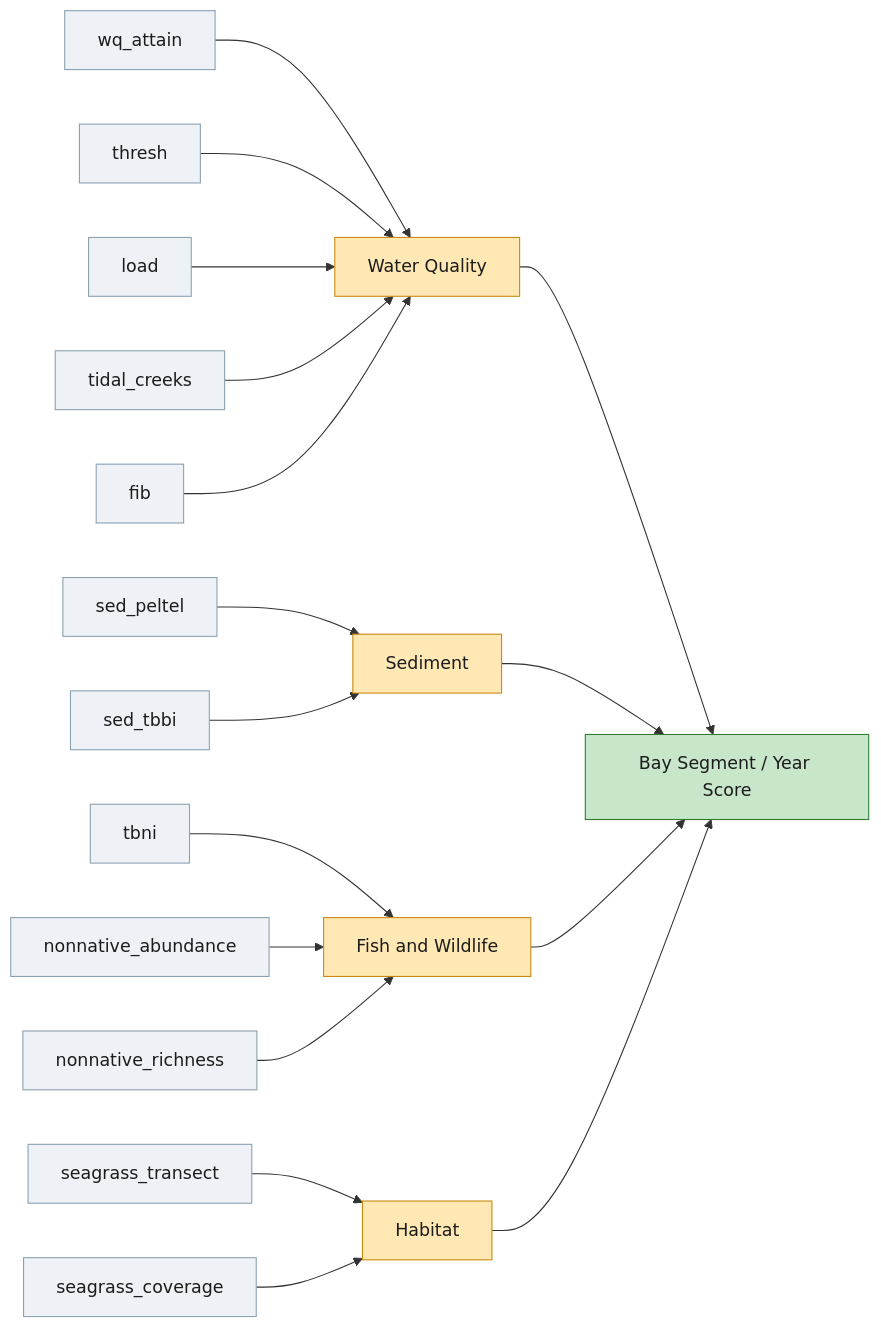
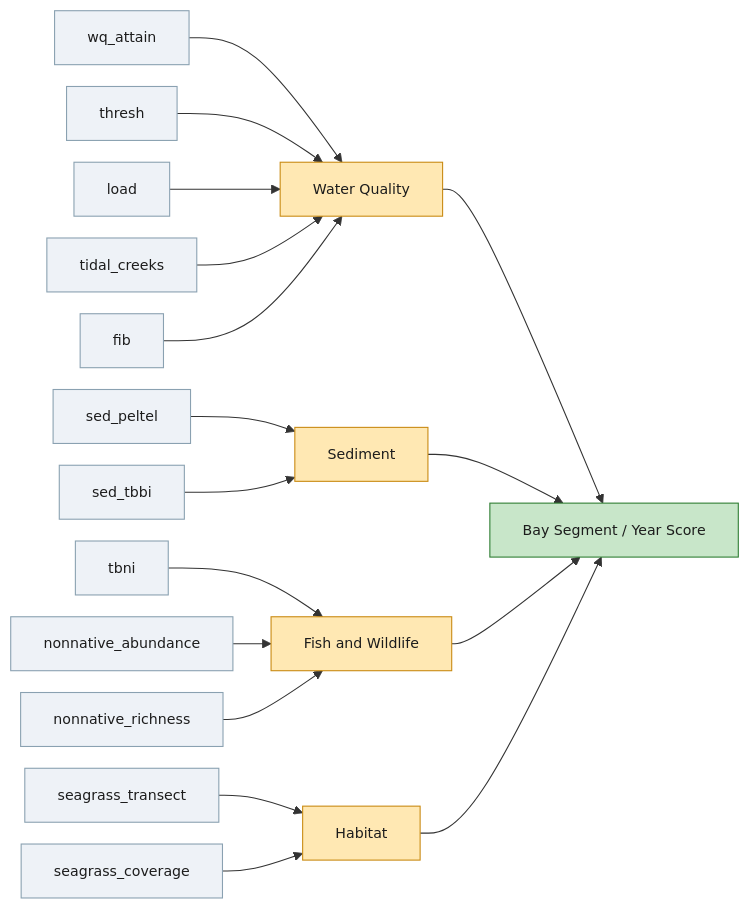
Before and after one commit to tbep-tech/tbepreport: the diagram in vignettes/scoring.qmd, drawn with Mermaid. The commit also changed other lines of this file and 8 other files, not shown here.

````diff
--- a/vignettes/scoring.qmd
+++ b/vignettes/scoring.qmd
@@ -313,32 +396,33 @@
 ```{mermaid}
 %%| fig-width: 6
+%%{init: {"flowchart": {"useMaxWidth": false, "nodeSpacing": 20, "rankSpacing": 35}, "themeVariables": {"fontSize": "13px"}}}%%
 flowchart LR
     A1["wq_attain"] --> WQ["Water Quality"]
     A2["thresh"] --> WQ
     A3["load"] --> WQ
     A4["tidal_creeks"] --> WQ
     A5["fib"] --> WQ
 
     B1["sed_peltel"] --> SED["Sediment"]
     B2["sed_tbbi"] --> SED
 
     C1["tbni"] --> FW["Fish and Wildlife"]
     C2["nonnative_abundance"] --> FW
     C3["nonnative_richness"] --> FW
 
     D1["seagrass_transect"] --> HAB["Habitat"]
     D2["seagrass_coverage"] --> HAB
 
     WQ --> SCORE["Bay Segment / Year Score"]
     SED --> SCORE
     FW --> SCORE
     HAB --> SCORE
 
     classDef indicator fill:#eef2f7,stroke:#8aa1b1,color:#1c1c1c;
     classDef category fill:#ffe8b3,stroke:#c98a12,color:#1c1c1c;
     classDef score fill:#c8e6c9,stroke:#2e7d32,color:#1c1c1c;
 
     class A1,A2,A3,A4,A5,B1,B2,C1,C2,C3,D1,D2 indicator;
     class WQ,SED,FW,HAB category;
     class SCORE score;
 ```
````
